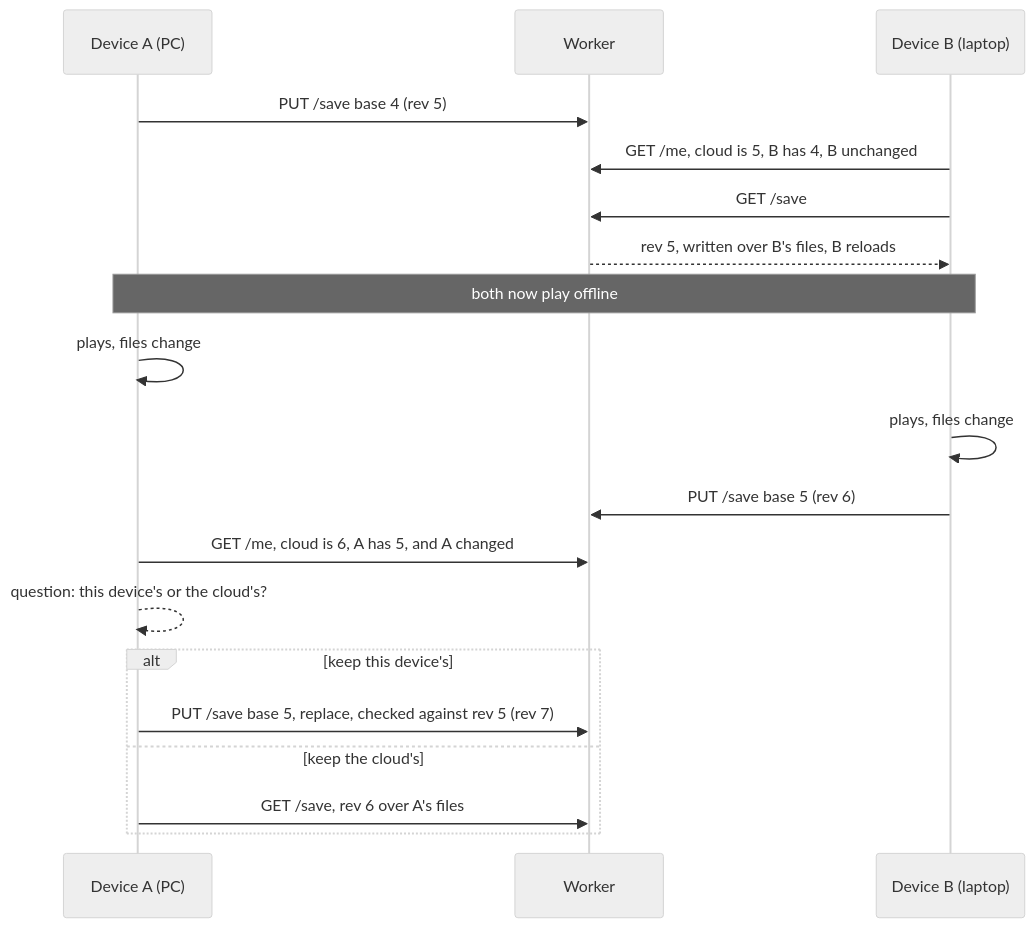
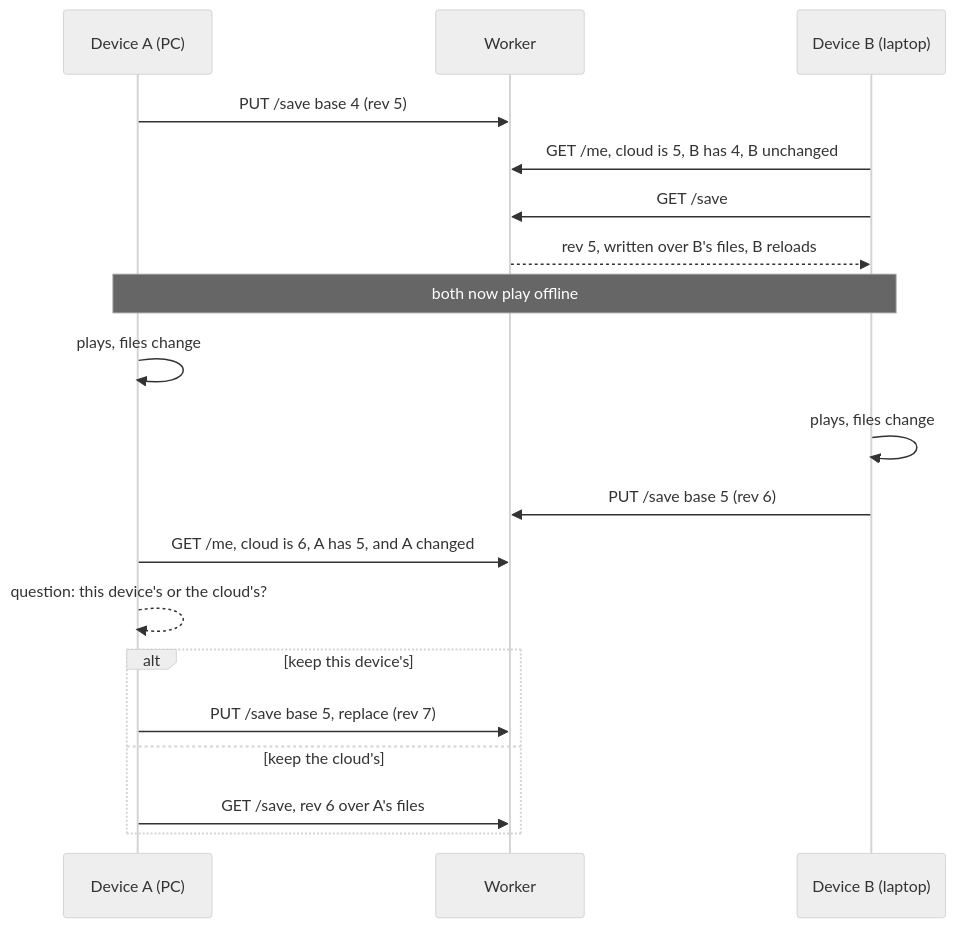
Before and after one commit to dikmedvescekmurovec/kobold-clicker: the fourth of 7 diagrams in backend/leaderboard/README.md, drawn with Mermaid (neutral theme). The commit also changed other lines of this file and 221 other files, not shown here.

````diff
--- a/backend/leaderboard/README.md
+++ b/backend/leaderboard/README.md
@@ -197,22 +195,22 @@
 ```mermaid
 sequenceDiagram
     participant A as Device A (PC)
     participant W as Worker
     participant B as Device B (laptop)
 
     A->>W: PUT /save base 4 (rev 5)
     B->>W: GET /me, cloud is 5, B has 4, B unchanged
     B->>W: GET /save
     W-->>B: rev 5, written over B's files, B reloads
     Note over A,B: both now play offline
     A->>A: plays, files change
     B->>B: plays, files change
     B->>W: PUT /save base 5 (rev 6)
     A->>W: GET /me, cloud is 6, A has 5, and A changed
     A-->>A: question: this device's or the cloud's?
     alt keep this device's
-        A->>W: PUT /save base 5, replace, checked against rev 5 (rev 7)
+        A->>W: PUT /save base 5, replace (rev 7)
     else keep the cloud's
         A->>W: GET /save, rev 6 over A's files
     end
 ```
````
